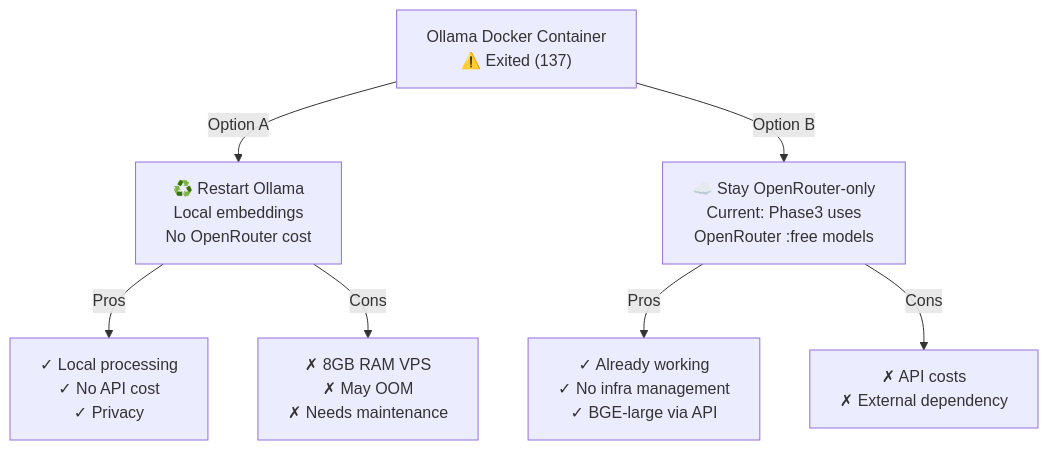
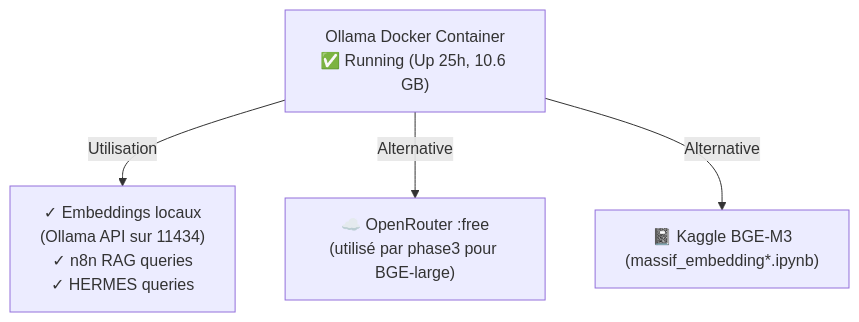
Before and after one commit to jeanhackpy/local-ai-packaged: the sixth of 7 diagrams in 10_Infrastructure/VPS_Hostinger/VPS_ARCHITECTURE_DIAGRAM.md, drawn with Mermaid. The commit also changed other lines of this file and 4467 other files, not shown here.

````diff
--- a/10_Infrastructure/VPS_Hostinger/VPS_ARCHITECTURE_DIAGRAM.md
+++ b/10_Infrastructure/VPS_Hostinger/VPS_ARCHITECTURE_DIAGRAM.md
@@ -246,13 +255,8 @@
 ```mermaid
 flowchart TD
-    OLLAMA_STATUS["Ollama Docker Container<br/>⚠️ Exited (137)"]
+    OLLAMA_NOW["Ollama Docker Container<br/>✅ Running (Up 25h, 10.6 GB)"]
 
-    OLLAMA_STATUS -->|Option A| OLLAMA_RESTART["♻️ Restart Ollama<br/>Local embeddings<br/>No OpenRouter cost"]
-    OLLAMA_STATUS -->|Option B| OLLAMA_STAY["☁️ Stay OpenRouter-only<br/>Current: Phase3 uses<br/>OpenRouter :free models"]
-
-    OLLAMA_RESTART -->|" Pros"| OLLAMA_PROS["✓ Local processing<br/>✓ No API cost<br/>✓ Privacy"]
-    OLLAMA_STAY -->|" Pros"| STAY_PROS["✓ Already working<br/>✓ No infra management<br/>✓ BGE-large via API"]
-
-    OLLAMA_RESTART -->|" Cons"| OLLAMA_CONS["✗ 8GB RAM VPS<br/>✗ May OOM<br/>✗ Needs maintenance"]
-    OLLAMA_STAY -->|" Cons"| STAY_CONS["✗ API costs<br/>✗ External dependency"]
+    OLLAMA_NOW -->|Utilisation| OLLAMA_USE["✓ Embeddings locaux<br/>(Ollama API sur 11434)<br/>✓ n8n RAG queries<br/>✓ HERMES queries"]
+    OLLAMA_NOW -->|Alternative| OPENROUTER["☁️ OpenRouter :free<br/>(utilisé par phase3 pour BGE-large)"]
+    OLLAMA_NOW -->|Alternative| KAGGLE["📓 Kaggle BGE-M3<br/>(massif_embedding*.ipynb)"]
 ```
````
